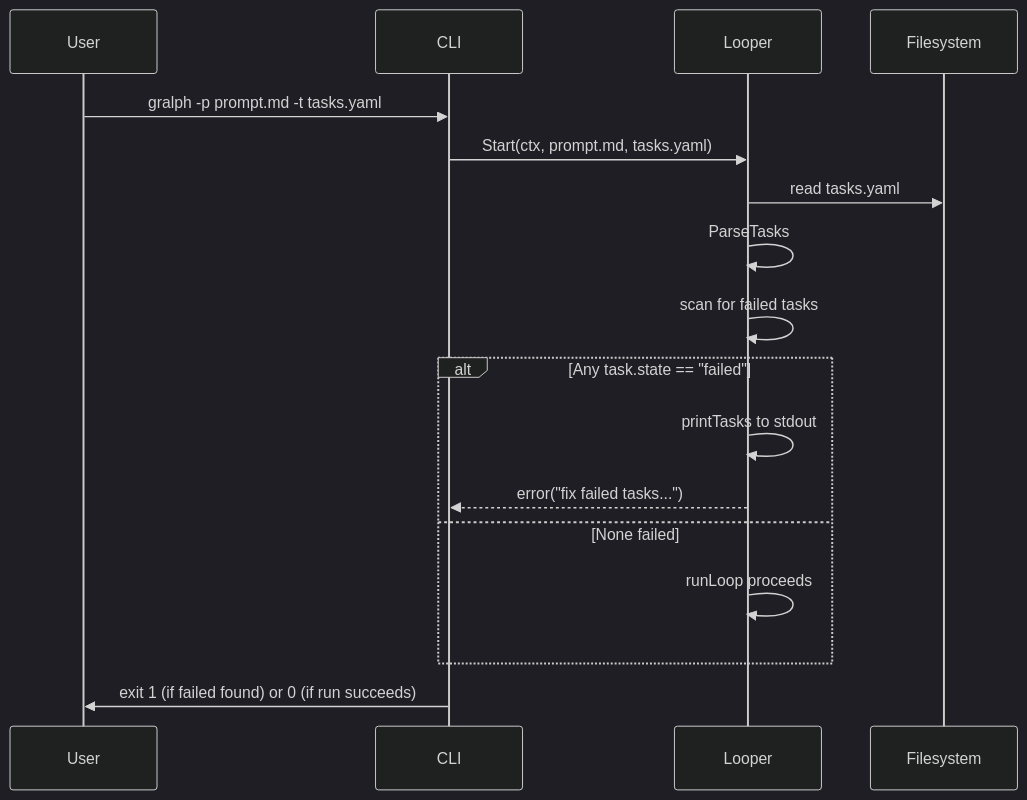
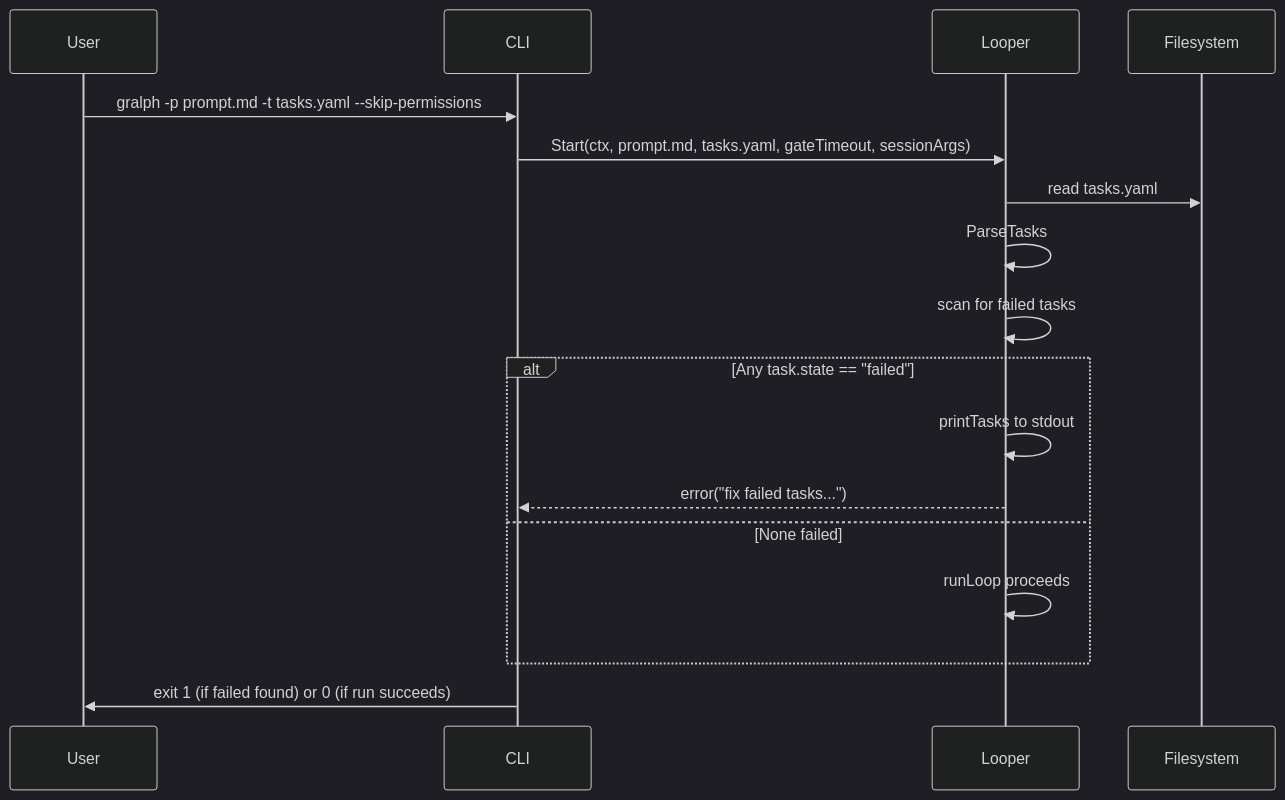
One commit to twistingmercury/gralph changed the fourth of 6 diagrams in docs/architecture/03_system_architecture.md. Above: the diagram before and after it, drawn with Mermaid (dark theme). The commit also changed other lines of this file and 30 other files, not shown here.

First line of the commit message:
Sandboxed sessions: a run needs --sandbox-settings or --skip-permissions (#20)

````diff
--- a/docs/architecture/03_system_architecture.md
+++ b/docs/architecture/03_system_architecture.md
@@ -288,20 +302,20 @@
 ```mermaid
 sequenceDiagram
     participant User
     participant CLI
     participant Looper
     participant Filesystem
 
-    User->>CLI: gralph -p prompt.md -t tasks.yaml
-    CLI->>Looper: Start(ctx, prompt.md, tasks.yaml)
+    User->>CLI: gralph -p prompt.md -t tasks.yaml --skip-permissions
+    CLI->>Looper: Start(ctx, prompt.md, tasks.yaml, gateTimeout, sessionArgs)
     Looper->>Filesystem: read tasks.yaml
     Looper->>Looper: ParseTasks
     Looper->>Looper: scan for failed tasks
     alt Any task.state == "failed"
         Looper->>Looper: printTasks to stdout
         Looper-->>CLI: error("fix failed tasks...")
     else None failed
         Looper->>Looper: runLoop proceeds
     end
     CLI->>User: exit 1 (if failed found) or 0 (if run succeeds)
 ```
````
